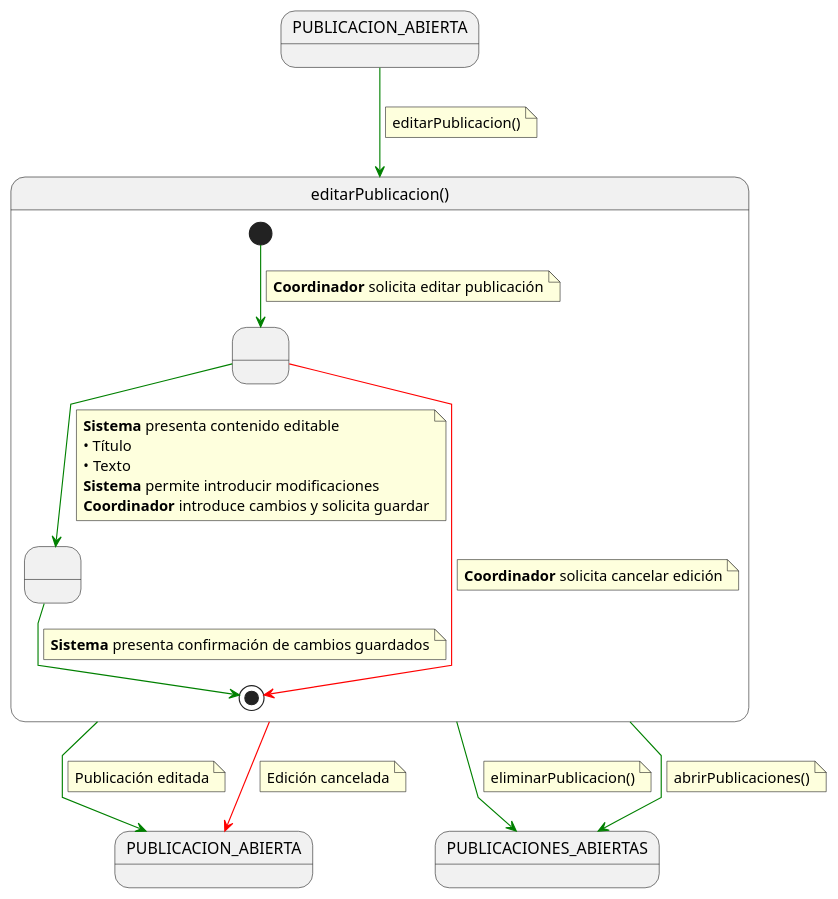
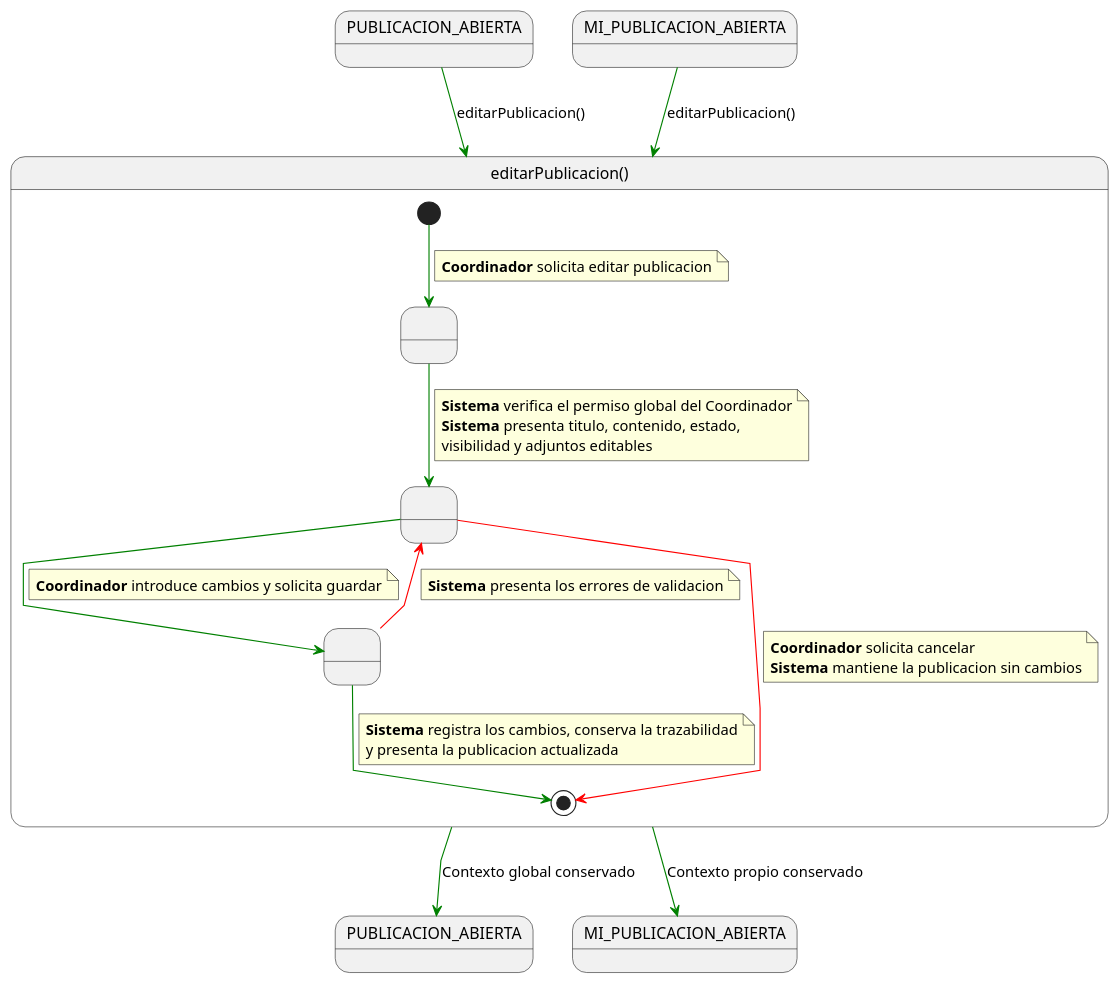
One commit to beatriizorozco/25-26-idsw2-sdVC changed the diagram in RUP/00-casos-uso/02-detalle/coordinador/editarPublicacion/especificacion.puml. Above: the diagram before and after it, drawn with PlantUML. The commit also changed 44 other files, not shown here.

```diff
--- a/RUP/00-casos-uso/02-detalle/coordinador/editarPublicacion/especificacion.puml
+++ b/RUP/00-casos-uso/02-detalle/coordinador/editarPublicacion/especificacion.puml
@@ -1,67 +1,51 @@
 @startuml editarPublicacion
-
 skinparam linetype polyline
 
-state in2 as "PUBLICACION_ABIERTA"
-in2 -[#green]-> editarPublicacion
-note on link
-editarPublicacion()
-end note
-
+state in1 as "PUBLICACION_ABIERTA"
+state in2 as "MI_PUBLICACION_ABIERTA"
+in1 -[#green]-> editarPublicacion : editarPublicacion()
+in2 -[#green]-> editarPublicacion : editarPublicacion()
 
 state editarPublicacion as "editarPublicacion()" {
+    state " " as VerificandoPermiso
+    state " " as EditandoDatos
+    state " " as ValidandoDatos
 
-    state " " as EditandoContenido
-    state " " as CambiosGuardados
-
-    [*] -[#green]-> EditandoContenido
+    [*] -[#green]-> VerificandoPermiso
     note on link
-    <b>Coordinador</b> solicita editar publicación
+    <b>Coordinador</b> solicita editar publicacion
     end note
 
-    EditandoContenido -[#green]-> CambiosGuardados
+    VerificandoPermiso -[#green]-> EditandoDatos
     note on link
-    <b>Sistema</b> presenta contenido editable
-    • Título
-    • Texto
-    <b>Sistema</b> permite introducir modificaciones
+    <b>Sistema</b> verifica el permiso global del Coordinador
+    <b>Sistema</b> presenta titulo, contenido, estado,
+    visibilidad y adjuntos editables
+    end note
+
+    EditandoDatos -[#green]-> ValidandoDatos
+    note on link
     <b>Coordinador</b> introduce cambios y solicita guardar
     end note
 
-    EditandoContenido -[#red]-> [*]
+    ValidandoDatos -[#green]-> [*]
     note on link
-    <b>Coordinador</b> solicita cancelar edición
+    <b>Sistema</b> registra los cambios, conserva la trazabilidad
+    y presenta la publicacion actualizada
     end note
 
-    CambiosGuardados -[#green]-> [*]
+    ValidandoDatos -[#red]-> EditandoDatos
     note on link
-    <b>Sistema</b> presenta confirmación de cambios guardados
+    <b>Sistema</b> presenta los errores de validacion
+    end note
+
+    EditandoDatos -[#red]-> [*]
+    note on link
+    <b>Coordinador</b> solicita cancelar
+    <b>Sistema</b> mantiene la publicacion sin cambios
     end note
 }
 
-
-editarPublicacion -[#green]-> PUBLICACION_ABIERTA
-note on link
-Publicación editada
-end note
-
-editarPublicacion -[#red]-> PUBLICACION_ABIERTA
-note on link
-Edición cancelada
-end note
-
-editarPublicacion -[#green]-> PUBLICACIONES_ABIERTAS
-note on link
-eliminarPublicacion()
-end note
-
-editarPublicacion -[#green]-> PUBLICACIONES_ABIERTAS
-note on link
-abrirPublicaciones()
-end note
-
-
-
-
-
+editarPublicacion -[#green]-> PUBLICACION_ABIERTA : Contexto global conservado
+editarPublicacion -[#green]-> MI_PUBLICACION_ABIERTA : Contexto propio conservado
 @enduml
```
